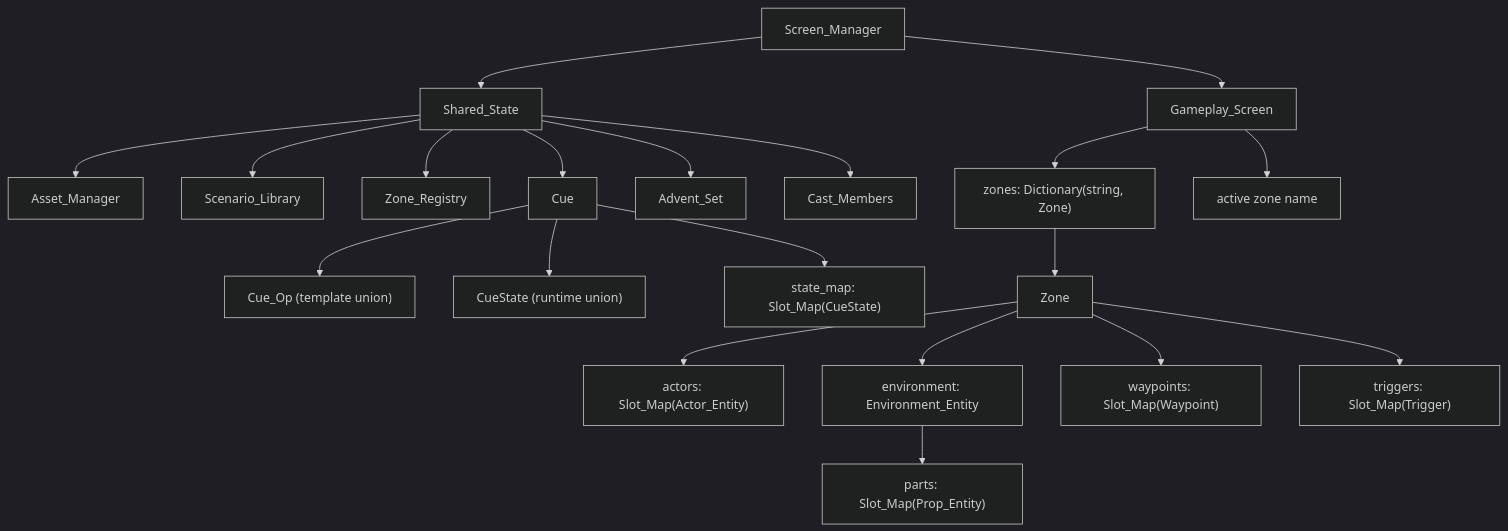
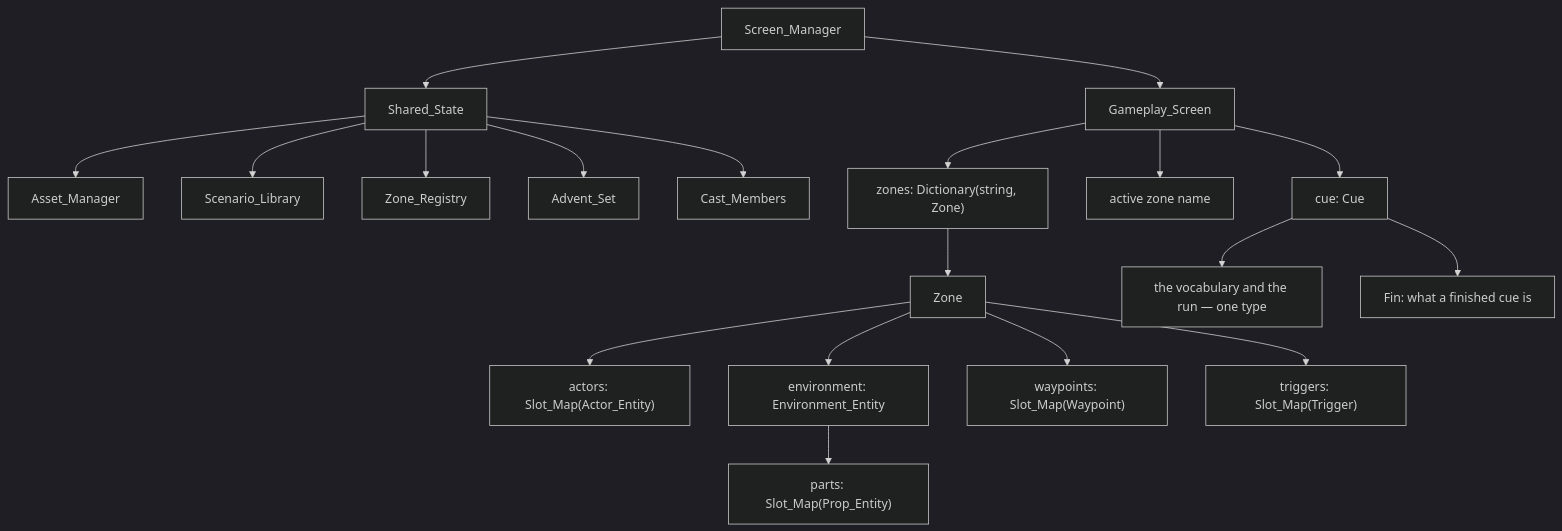
The diagram in docs/ARCHITECTURE.md (fswadling/Sugoi), drawn with Mermaid (dark theme) before and after one commit. The commit also changed other lines of this file and 19 other files, not shown here.

````diff
--- a/docs/ARCHITECTURE.md
+++ b/docs/ARCHITECTURE.md
@@ -143,26 +148,25 @@
 ```mermaid
 graph TD
     SM[Screen_Manager] --> SS[Shared_State]
     SM --> GS[Gameplay_Screen]
     SS --> AM[Asset_Manager]
     SS --> SL[Scenario_Library]
     SS --> ZR[Zone_Registry]
-    SS --> C[Cue]
     SS --> ADV[Advent_Set]
     SS --> CAST[Cast_Members]
 
     GS --> ZONES["zones: Dictionary(string, Zone)"]
     GS --> ACTIVE["active zone name"]
+    GS --> C["cue: Cue"]
     ZONES --> Z[Zone]
 
     Z --> SA["actors: Slot_Map(Actor_Entity)"]
     Z --> ENV["environment: Environment_Entity"]
     Z --> SW["waypoints: Slot_Map(Waypoint)"]
     Z --> ST["triggers: Slot_Map(Trigger)"]
 
     ENV --> SP["parts: Slot_Map(Prop_Entity)"]
 
-    C --> COP["Cue_Op (template union)"]
-    C --> CST["CueState (runtime union)"]
-    C --> CSM["state_map: Slot_Map(CueState)"]
+    C --> CQ["the vocabulary and the run — one type"]
+    C --> CF["Fin: what a finished cue is"]
 ```
````
